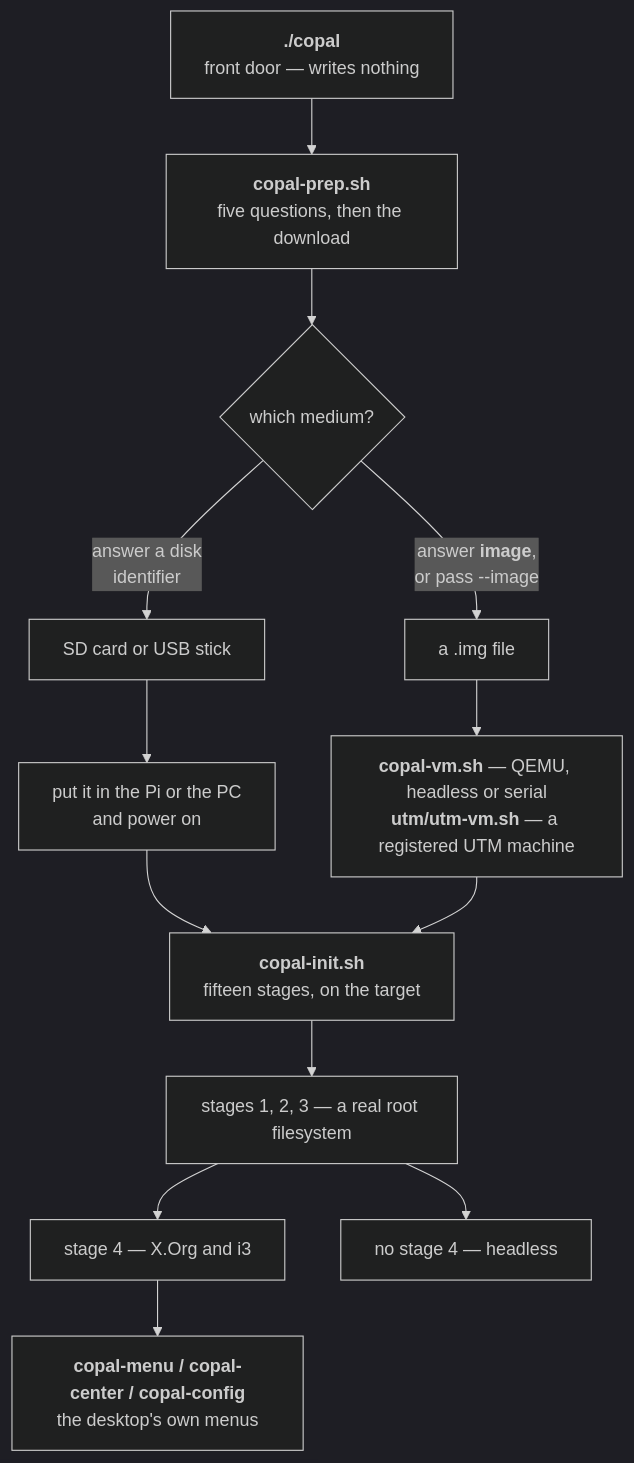
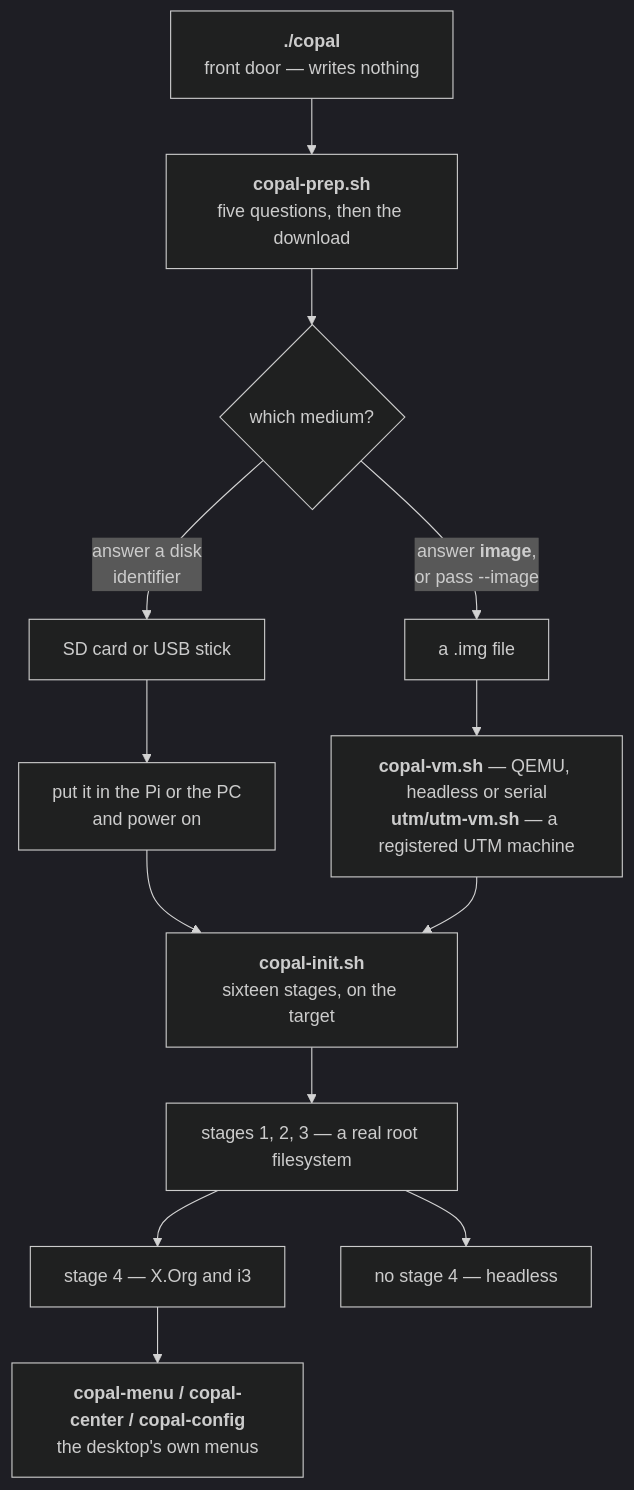
Before and after one commit to copallinux/copal: the second of 5 diagrams in README.md, drawn with Mermaid (dark theme). The commit also changed other lines of this file and 4 other files, not shown here.

````diff
--- a/README.md
+++ b/README.md
@@ -328,15 +351,15 @@
 ```mermaid
 flowchart TD
     A["<b>./copal</b><br/>front door — writes nothing"] --> B["<b>copal-prep.sh</b><br/>five questions, then the download"]
     B --> C{"which medium?"}
     C -->|"answer a disk<br/>identifier"| D["SD card or USB stick"]
     C -->|"answer <b>image</b>,<br/>or pass --image"| E["a .img file"]
     D --> F["put it in the Pi or the PC<br/>and power on"]
     E --> G["<b>copal-vm.sh</b> — QEMU, headless or serial<br/><b>utm/utm-vm.sh</b> — a registered UTM machine"]
-    F --> H["<b>copal-init.sh</b><br/>fifteen stages, on the target"]
+    F --> H["<b>copal-init.sh</b><br/>sixteen stages, on the target"]
     G --> H
     H --> I["stages 1, 2, 3 — a real root filesystem"]
     I --> J["stage 4 — X.Org and i3"]
     I --> K["no stage 4 — headless"]
     J --> L["<b>copal-menu / copal-center / copal-config</b><br/>the desktop's own menus"]
 ```
````
